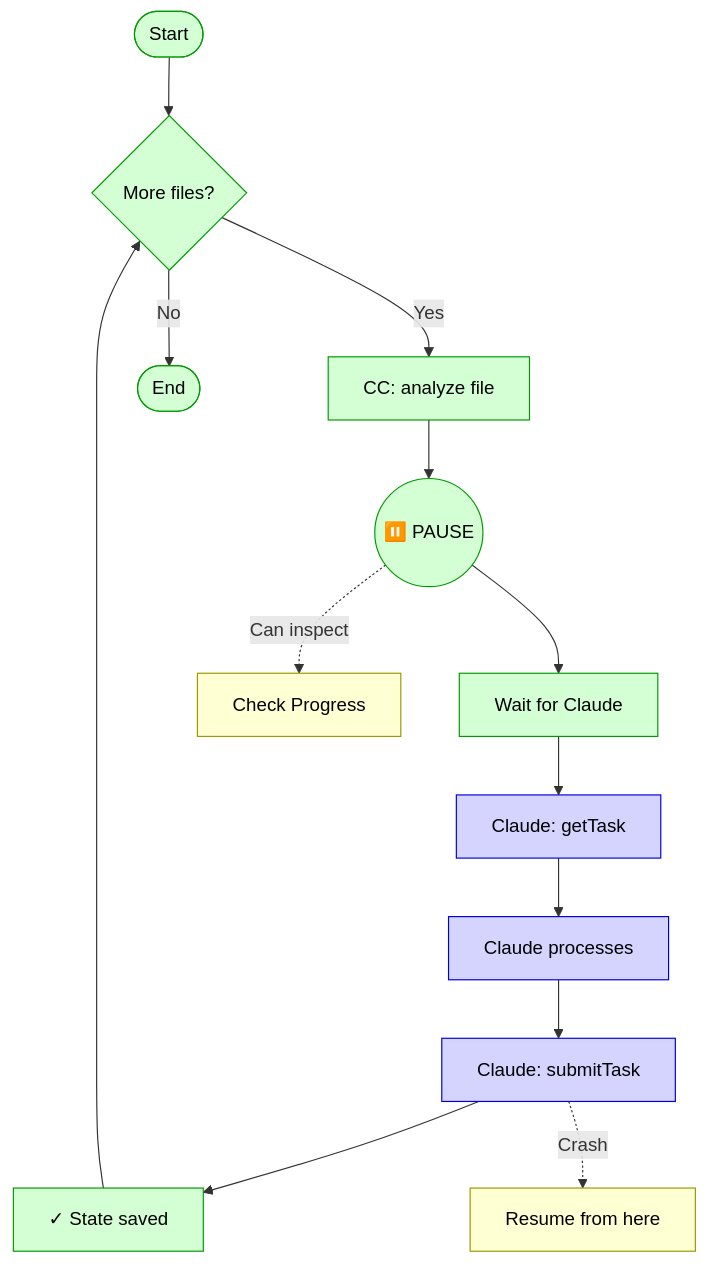
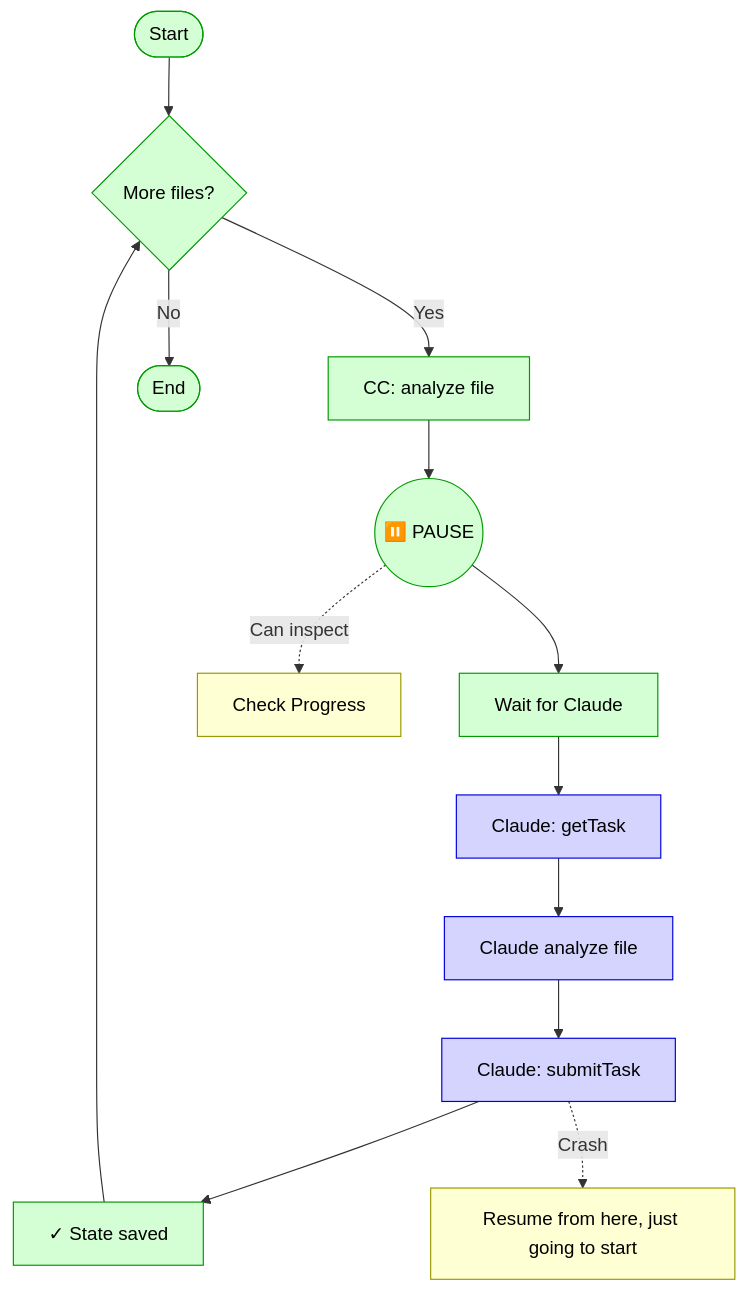
The second of 7 diagrams in README.md (LadislavSopko/cvm), drawn with Mermaid before and after one commit. The commit also changed other lines of this file and 42 other files, not shown here.

````diff
--- a/README.md
+++ b/README.md
@@ -31,24 +31,24 @@
 ```mermaid
 flowchart TD
     Start([Start]) --> Loop{More files?}
     Loop -->|Yes| CC[CC: analyze file]
     CC --> Pause((⏸️ PAUSE))
     Pause --> Wait[Wait for Claude]
     Wait --> GetTask[Claude: getTask]
-    GetTask --> Process[Claude processes]
+    GetTask --> Process[Claude analyze file]
     Process --> Submit[Claude: submitTask]
     Submit --> Save[✓ State saved]
     Save --> Loop
     Loop -->|No| End([End])
     
     Pause -.->|Can inspect| Status[Check Progress]
-    Submit -.->|Crash| Resume[Resume from here]
+    Submit -.->|Crash| Resume[Resume from here, just going to start]
     
     classDef cvm fill:#d4ffd4,stroke:#090,color:#000
     classDef claude fill:#d4d4ff,stroke:#00d,color:#000
     classDef human fill:#ffffd4,stroke:#990,color:#000
     
     class Start,Loop,CC,Pause,Wait,Save,End cvm
     class GetTask,Process,Submit claude
     class Status,Resume human
 ```
````
